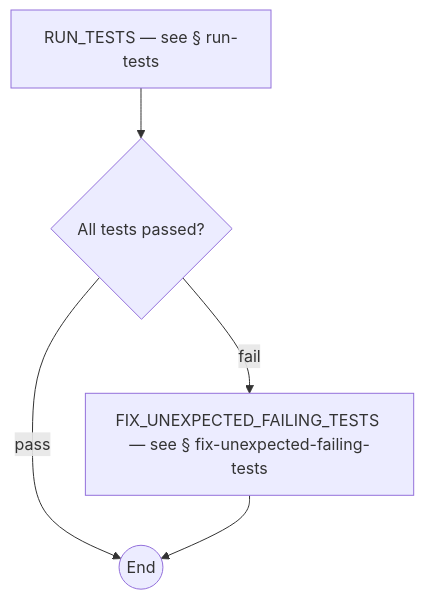
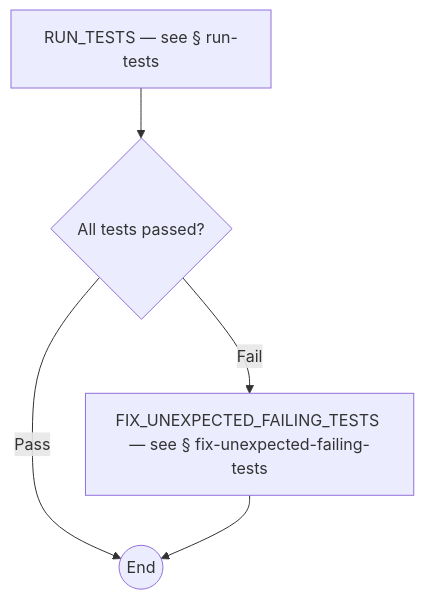
Before and after one commit to optivem/gh-optivem: diagram 24 of 50 in docs/process-diagram.md, drawn with Mermaid. The commit also changed other lines of this file and 3 other files, not shown here.

````diff
--- a/docs/process-diagram.md
+++ b/docs/process-diagram.md
@@ -460,12 +460,12 @@
 ```mermaid
 flowchart TD
     FIX_UNEXPECTED_FAILING_TESTS[FIX_UNEXPECTED_FAILING_TESTS — see § fix-unexpected-failing-tests]
     GATE_TESTS_OUTCOME{All tests passed?}
     RUN_TESTS[RUN_TESTS — see § run-tests]
     VERIFY_PASS_END((End))
 
     RUN_TESTS --> GATE_TESTS_OUTCOME
-    GATE_TESTS_OUTCOME -- pass --> VERIFY_PASS_END
-    GATE_TESTS_OUTCOME -- fail --> FIX_UNEXPECTED_FAILING_TESTS
+    GATE_TESTS_OUTCOME -- Pass --> VERIFY_PASS_END
+    GATE_TESTS_OUTCOME -- Fail --> FIX_UNEXPECTED_FAILING_TESTS
     FIX_UNEXPECTED_FAILING_TESTS --> VERIFY_PASS_END
 ```
````
